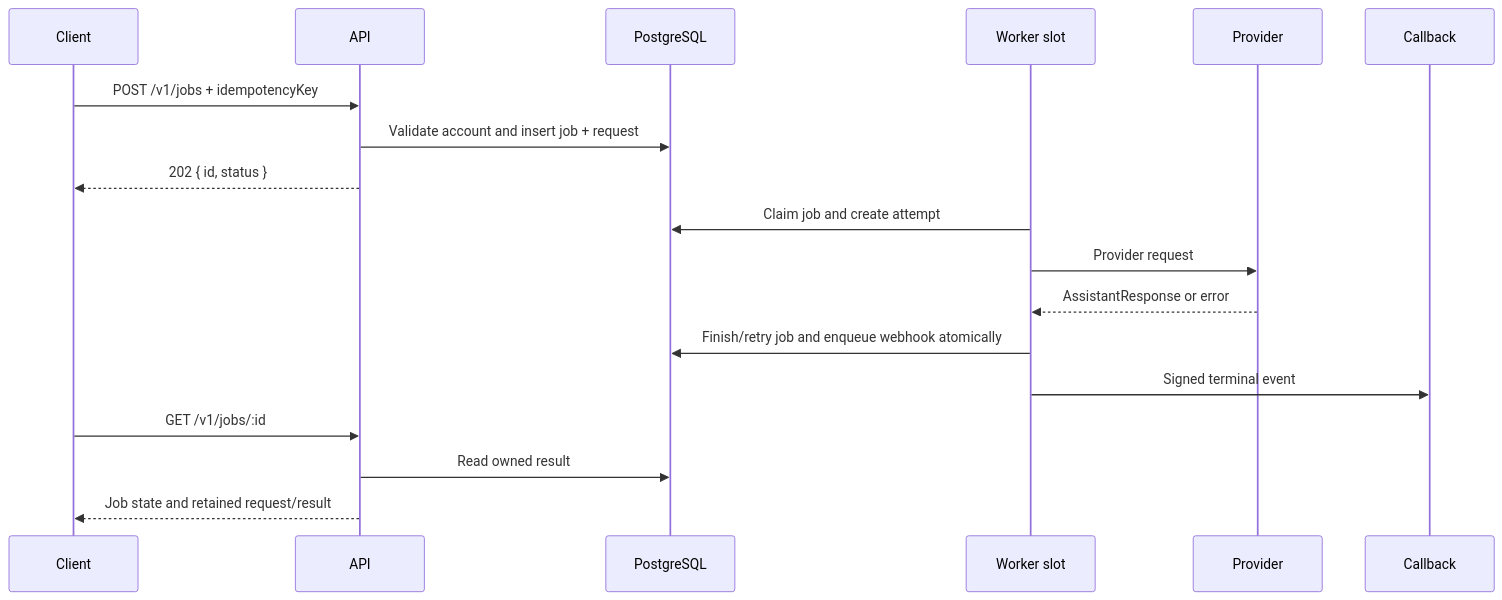
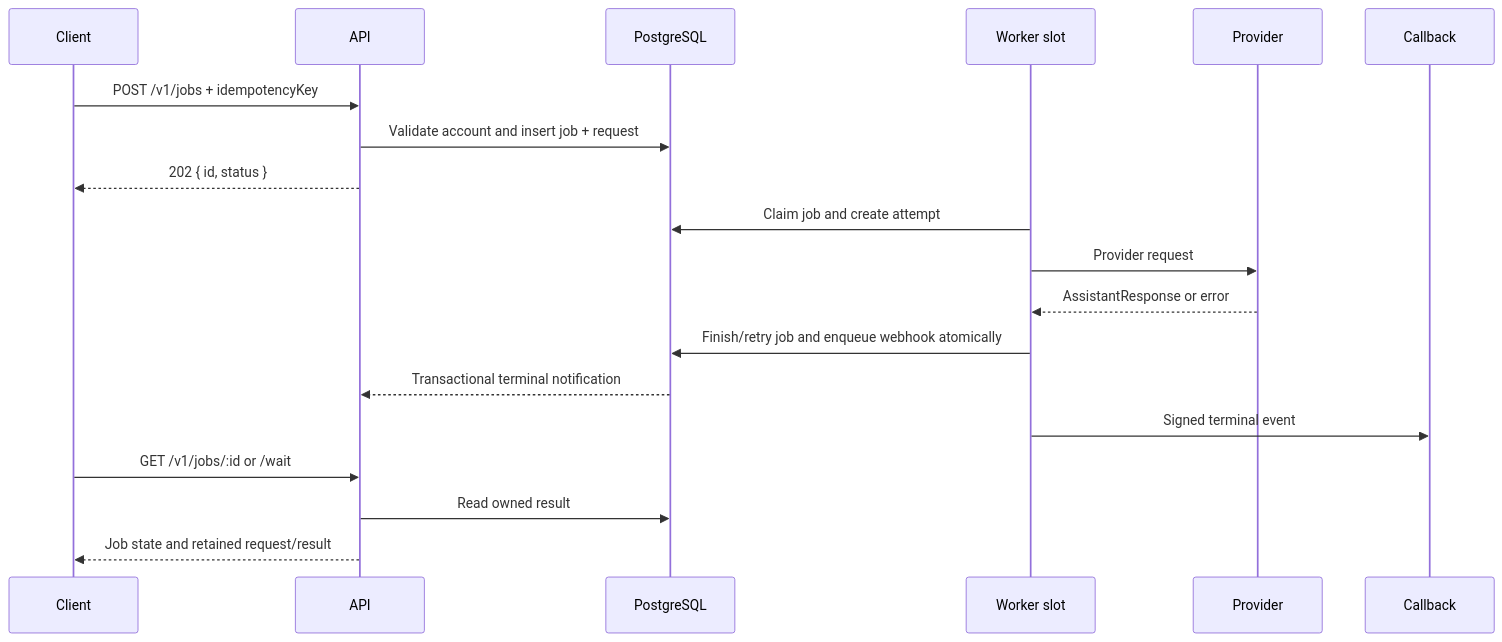
One commit to ank1015/llm-provider changed the second of 2 diagrams in apps/llm-gateway/docs/architecture.md. Above: the diagram before and after it, drawn with Mermaid. The commit also changed other lines of this file and 2 other files, not shown here.

Commit message:
docs(gateway): describe terminal event architecture

````diff
--- a/apps/llm-gateway/docs/architecture.md
+++ b/apps/llm-gateway/docs/architecture.md
@@ -78,21 +84,22 @@
 ```mermaid
 sequenceDiagram
   participant C as Client
   participant A as API
   participant D as PostgreSQL
   participant W as Worker slot
   participant P as Provider
   participant H as Callback
 
   C->>A: POST /v1/jobs + idempotencyKey
   A->>D: Validate account and insert job + request
   A-->>C: 202 { id, status }
   W->>D: Claim job and create attempt
   W->>P: Provider request
   P-->>W: AssistantResponse or error
   W->>D: Finish/retry job and enqueue webhook atomically
+  D-->>A: Transactional terminal notification
   W->>H: Signed terminal event
-  C->>A: GET /v1/jobs/:id
+  C->>A: GET /v1/jobs/:id or /wait
   A->>D: Read owned result
   A-->>C: Job state and retained request/result
 ```
````
